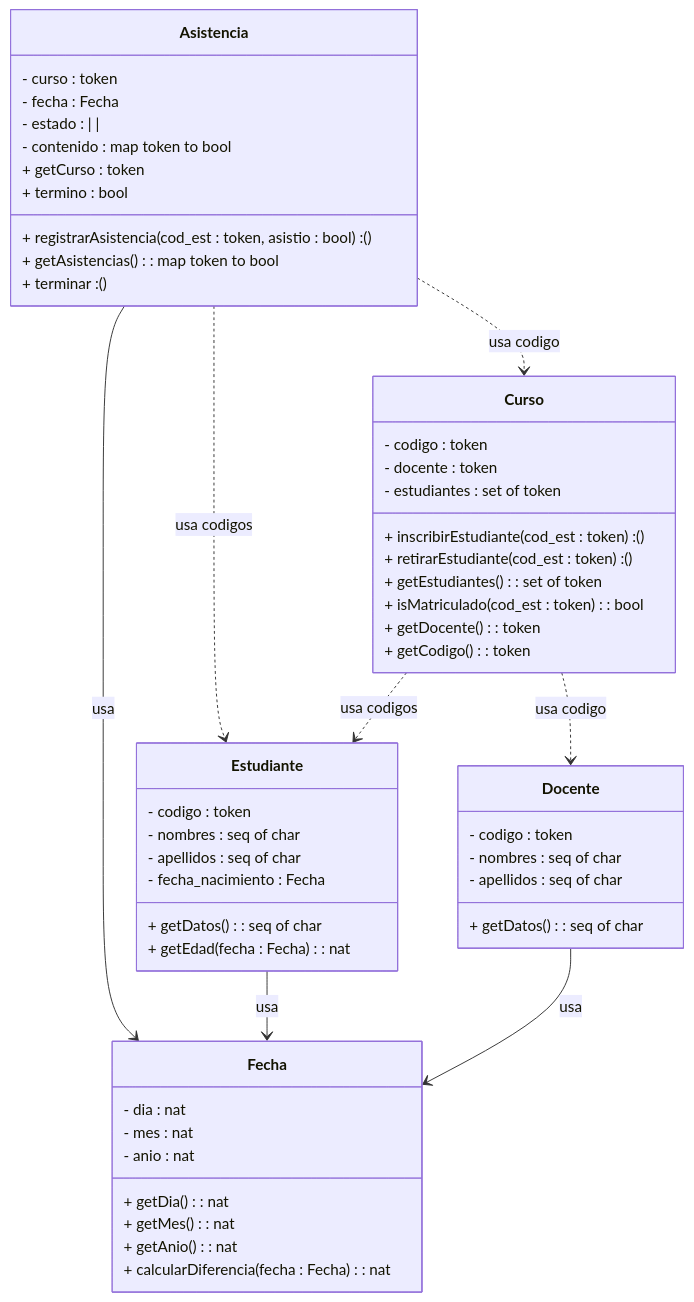
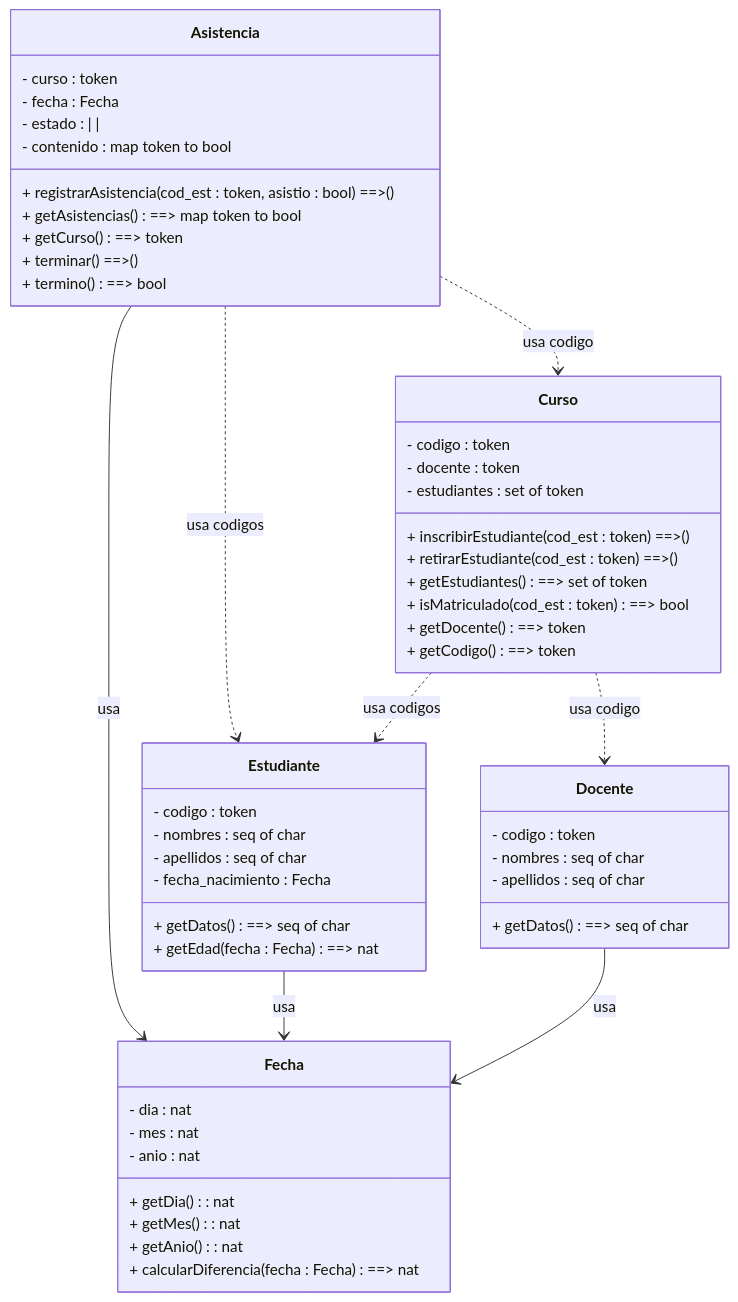
The diagram in VDM++/readme.md (joeCuadros/Sistema_monitoreo), drawn with Mermaid before and after one commit.

Commit message:
doc: mejora en el grafico de VDM++

````diff
--- a/VDM++/readme.md
+++ b/VDM++/readme.md
@@ -32,60 +32,60 @@
 ```mermaid
 classDiagram
 class Fecha {
     - dia : nat
     - mes : nat
     - anio : nat
     + getDia() : nat
     + getMes() : nat
     + getAnio() : nat
-    + calcularDiferencia(fecha : Fecha) : nat
+    + calcularDiferencia(fecha : Fecha) ==> nat
 }
 
 class Estudiante {
     - codigo : token
     - nombres : seq of char
     - apellidos : seq of char
     - fecha_nacimiento : Fecha
-    + getDatos() : seq of char
-    + getEdad(fecha : Fecha) : nat
+    + getDatos() ==> seq of char
+    + getEdad(fecha : Fecha) ==> nat
 }
 
 class Docente {
     - codigo : token
     - nombres : seq of char
     - apellidos : seq of char
-    + getDatos() : seq of char
+    + getDatos() ==> seq of char
 }
 
 class Curso {
     - codigo : token
     - docente : token
     - estudiantes : set of token
-    + inscribirEstudiante(cod_est : token) : ()
-    + retirarEstudiante(cod_est : token) : ()
-    + getEstudiantes() : set of token
-    + isMatriculado(cod_est : token) : bool
-    + getDocente() : token
-    + getCodigo() : token
+    + inscribirEstudiante(cod_est : token) ==> ()
+    + retirarEstudiante(cod_est : token) ==> ()
+    + getEstudiantes() ==> set of token
+    + isMatriculado(cod_est : token) ==> bool
+    + getDocente() ==> token
+    + getCodigo() ==> token
 }
 
 class Asistencia {
     - curso : token
     - fecha : Fecha
     - estado : <Creado> | <Proceso> | <Finalizado>
     - contenido : map token to bool
-    + registrarAsistencia(cod_est : token, asistio : bool) : ()
-    + getAsistencias() : map token to bool
-    + getCurso : token
-    + terminar : ()
-    + termino : bool
+    + registrarAsistencia(cod_est : token, asistio : bool) ==> ()
+    + getAsistencias() ==> map token to bool
+    + getCurso() ==> token
+    + terminar() ==> ()
+    + termino() ==> bool
 }
 
 Estudiante --> Fecha : usa
 Docente --> Fecha : usa
 Curso ..> Estudiante : usa codigos
 Curso ..> Docente : usa codigo
 Asistencia --> Fecha : usa
 Asistencia ..> Estudiante : usa codigos
 Asistencia ..> Curso : usa codigo
 ```
````
